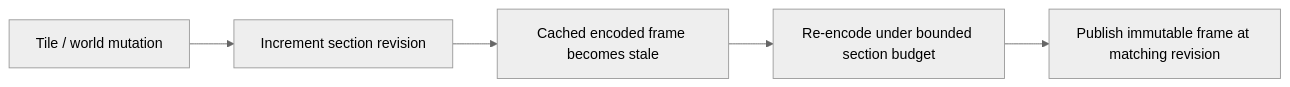
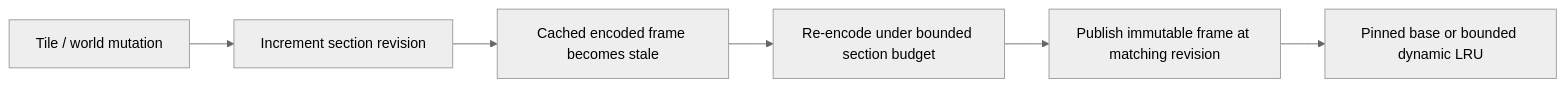
One commit to VegaKernel/TerraRuntime changed the second of 7 diagrams in docs/roadmap/performance-tick-stability.md. Above: the diagram before and after it, drawn with Mermaid (neutral theme). The commit also changed other lines of this file and 6 other files, not shown here.

````diff
--- a/docs/roadmap/performance-tick-stability.md
+++ b/docs/roadmap/performance-tick-stability.md
@@ -86,7 +86,8 @@
 ```mermaid
 flowchart LR
     Mutation["Tile / world mutation"] --> Revision["Increment section revision"]
     Revision --> Stale["Cached encoded frame becomes stale"]
     Stale --> Encode["Re-encode under bounded section budget"]
     Encode --> Publish["Publish immutable frame at matching revision"]
+    Publish --> Cache["Pinned base or bounded dynamic LRU"]
 ```
````
